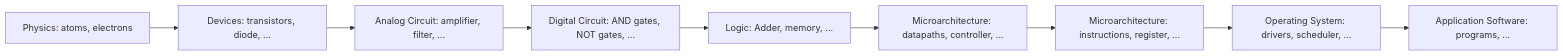
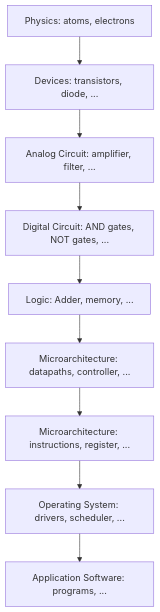
One commit to leonmariotto/fpga_from_scratch changed the diagram in courses/ch01.md. Above: the diagram before and after it, drawn with Mermaid.

Commit message:
Make flowchart top to bottom

````diff
--- a/courses/ch01.md
+++ b/courses/ch01.md
@@ -14,20 +14,20 @@
 ```mermaid
-flowchart LR
+flowchart TB
     phy["Physics: atoms, electrons"]
     devices["Devices: transistors, diode, ..."]
     analog_circuit["Analog Circuit: amplifier, filter, ..."]
     digital_circuit["Digital Circuit: AND gates, NOT gates, ..."]
     logic["Logic: Adder, memory, ..."]
     microarchitecture["Microarchitecture: datapaths, controller, ..."]
     architecture["Microarchitecture: instructions, register, ..."]
     os["Operating System: drivers, scheduler, ..."]
     app["Application Software: programs, ..."]
     phy --> devices
     devices --> analog_circuit
     analog_circuit --> digital_circuit
     digital_circuit --> logic
     logic --> microarchitecture
     microarchitecture --> architecture
     architecture --> os
     os --> app
 ```
````
